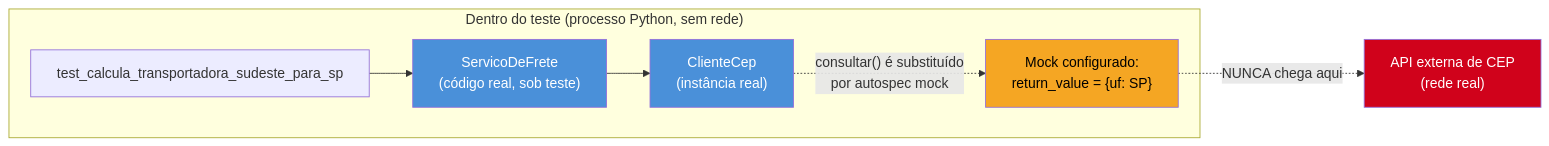
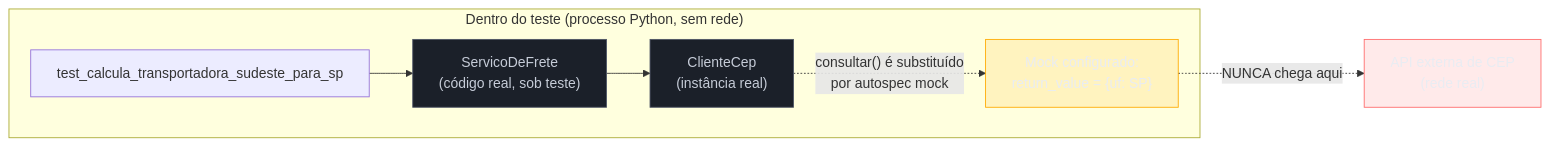
The second of 2 diagrams in 03-Dominios/Tecnologia/Python/Testes/04 - Mocking com unittest.mock e pytest-mock.md (josenaldo/codex-technomanticus), drawn with Mermaid before and after one commit. The commit also changed other lines of this file and 1181 other files, not shown here.

First line of the commit message:
fix(diagramas): paleta do sistema no lugar de cor cravada no markdown

````diff
--- a/03-Dominios/Tecnologia/Python/Testes/04 - Mocking com unittest.mock e pytest-mock.md
+++ b/03-Dominios/Tecnologia/Python/Testes/04 - Mocking com unittest.mock e pytest-mock.md
@@ -454,15 +457,18 @@
 ```mermaid
 flowchart LR
+    classDef neutro fill:#1B2029,stroke:#4E5666,color:#C6CCD8
+    classDef destaque fill:#FFAA0024,stroke:#FFAA00,color:#E9ECF2
+    classDef falha fill:#FF6B6B24,stroke:#FF6B6B,color:#E9ECF2
     subgraph Teste["Dentro do teste (processo Python, sem rede)"]
         T["test_calcula_transportadora_sudeste_para_sp"] --> S["ServicoDeFrete<br/>(código real, sob teste)"]
         S --> C["ClienteCep<br/>(instância real)"]
         C -.->|"consultar() é substituído<br/>por autospec mock"| M["Mock configurado:<br/>return_value = {uf: SP}"]
     end
 
     M -.->|"NUNCA chega aqui"| API["API externa de CEP<br/>(rede real)"]
 
-    style S fill:#4A90D9,color:#fff
-    style C fill:#4A90D9,color:#fff
-    style M fill:#F5A623,color:#000
-    style API fill:#D0021B,color:#fff
+    class S neutro
+    class C neutro
+    class M destaque
+    class API falha
 ```
````
